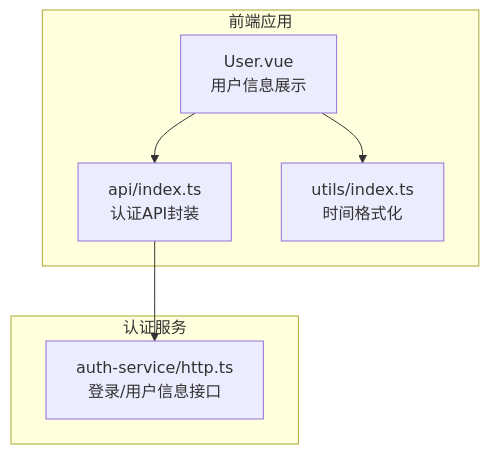
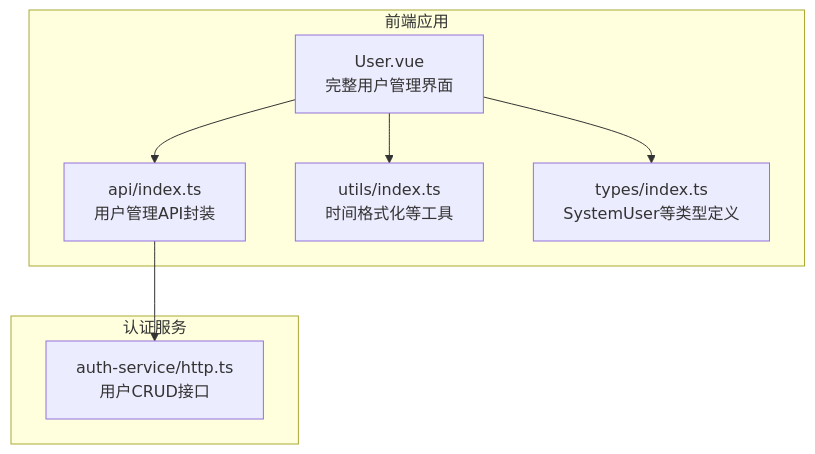
The first of 7 diagrams in .qoder/repowiki/zh/content/前端应用文档/核心页面/系统管理页面/用户管理.md (q446328246/agri-platform), drawn with Mermaid before and after one commit. The commit also changed other lines of this file and 84 other files, not shown here.

````diff
--- a/.qoder/repowiki/zh/content/前端应用文档/核心页面/系统管理页面/用户管理.md
+++ b/.qoder/repowiki/zh/content/前端应用文档/核心页面/系统管理页面/用户管理.md
@@ -38,14 +51,16 @@
 ```mermaid
 graph TB
 subgraph "前端应用"
-U["User.vue<br/>用户信息展示"]
-API["api/index.ts<br/>认证API封装"]
-UT["utils/index.ts<br/>时间格式化"]
+U["User.vue<br/>完整用户管理界面"]
+API["api/index.ts<br/>用户管理API封装"]
+UT["utils/index.ts<br/>时间格式化等工具"]
+T["types/index.ts<br/>SystemUser等类型定义"]
 end
 subgraph "认证服务"
-AUTH["auth-service/http.ts<br/>登录/用户信息接口"]
+AUTH["auth-service/http.ts<br/>用户CRUD接口"]
 end
 U --> API
 API --> AUTH
 U --> UT
+U --> T
 ```
````
